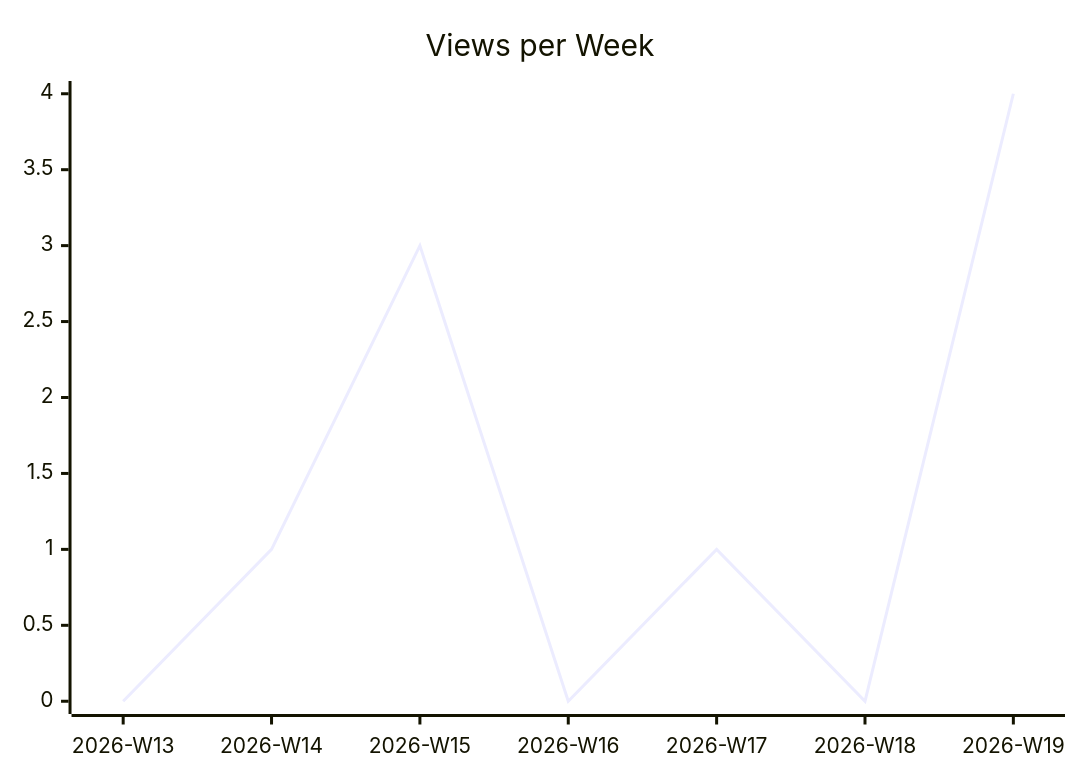
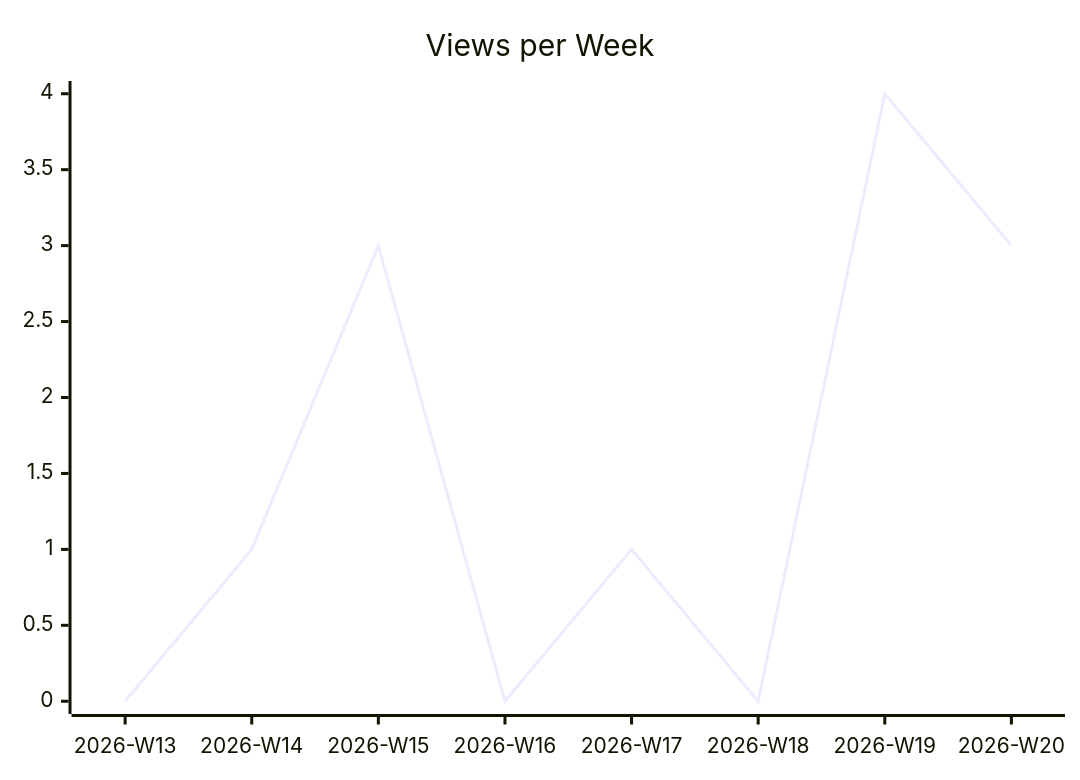
One commit to justdavis-family/github-analytics-data changed the second of 3 diagrams in justdavis-family/justdavis/README.md. Above: the diagram before and after it, drawn with Mermaid. The commit also changed other lines of this file and 176 other files, not shown here.

````diff
--- a/justdavis-family/justdavis/README.md
+++ b/justdavis-family/justdavis/README.md
@@ -12,6 +12,6 @@
 ```mermaid
 xychart-beta
   title "Views per Week"
-  x-axis ["2026-W13", "2026-W14", "2026-W15", "2026-W16", "2026-W17", "2026-W18", "2026-W19"]
-  line [0, 1, 3, 0, 1, 0, 4]
+  x-axis ["2026-W13", "2026-W14", "2026-W15", "2026-W16", "2026-W17", "2026-W18", "2026-W19", "2026-W20"]
+  line [0, 1, 3, 0, 1, 0, 4, 3]
 ```
````
